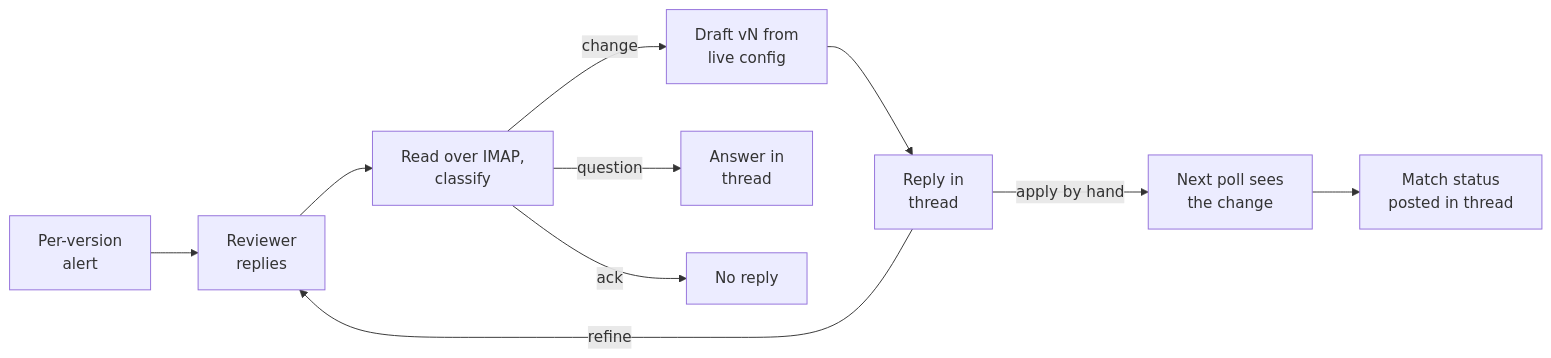
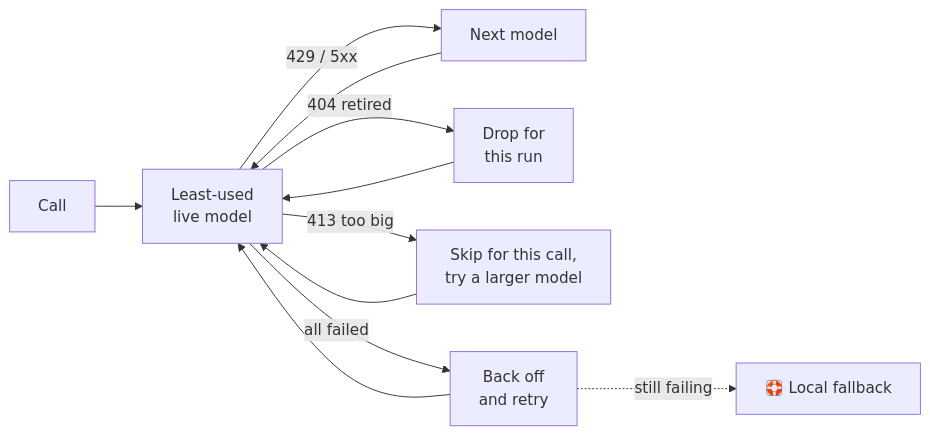
One commit to Sp1deyGen/vertexAIMonitor changed the third of 3 diagrams in README.md. Above: the diagram before and after it, drawn with Mermaid. The commit also changed other lines of this file, not shown here.

````diff
--- a/README.md
+++ b/README.md
@@ -303,12 +98,9 @@
 ```mermaid
 flowchart LR
-    A["Per-version\nalert"] --> B["Reviewer\nreplies"]
-    B --> C["Read over IMAP,\nclassify"]
-    C -- "change" --> D["Draft vN from\nlive config"]
-    C -- "question" --> Q["Answer in\nthread"]
-    C -- "ack" --> X["No reply"]
-    D --> E["Reply in\nthread"]
-    E -- "refine" --> B
-    E -- "apply by hand" --> F["Next poll sees\nthe change"]
-    F --> G["Match status\nposted in thread"]
+    C["Call"] --> L["Least-used<br/>live model"]
+    L -- "429 / 5xx" --> N["Next model"] --> L
+    L -- "404 retired" --> B["Drop for<br/>this run"] --> L
+    L -- "413 too big" --> S["Skip for this call,<br/>try a larger model"] --> L
+    L -- "all failed" --> W["Back off<br/>and retry"] --> L
+    W -. "still failing" .-> F["🛟 Local fallback"]
 ```
````
